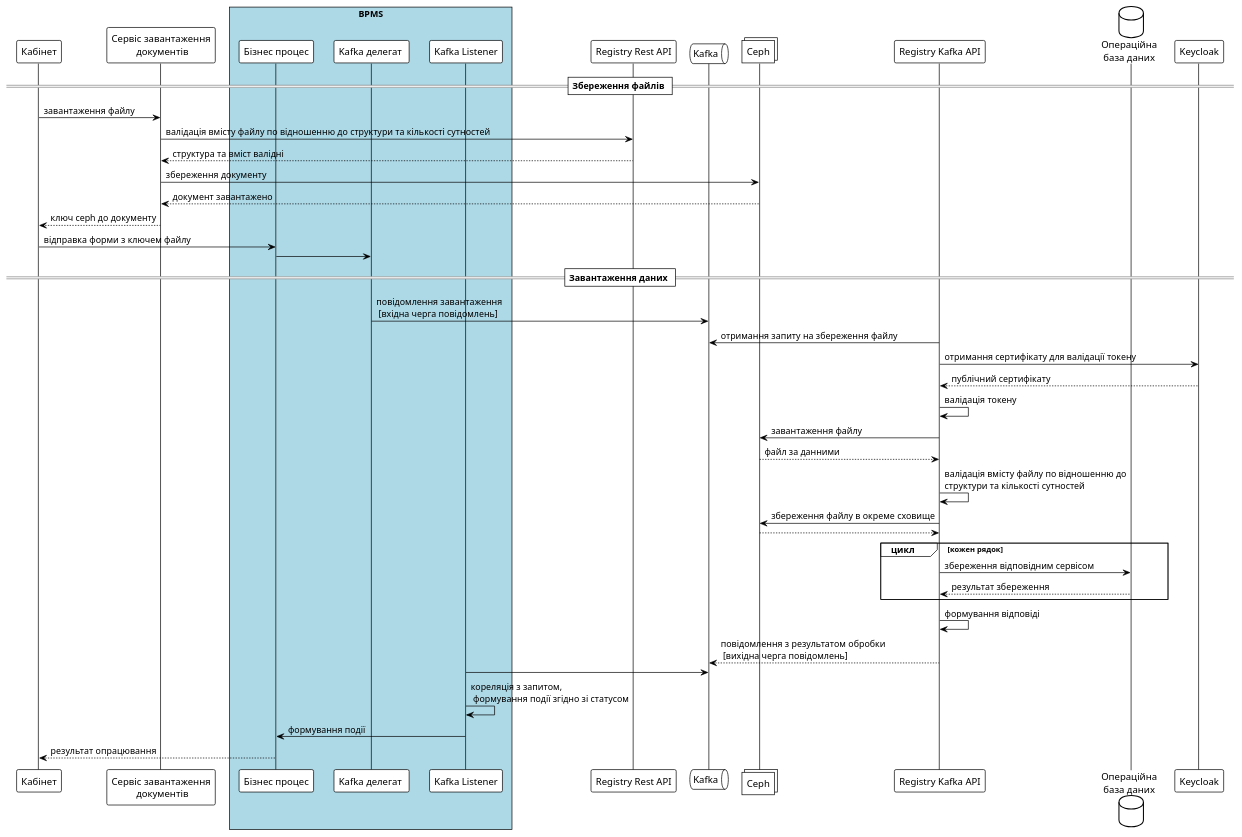
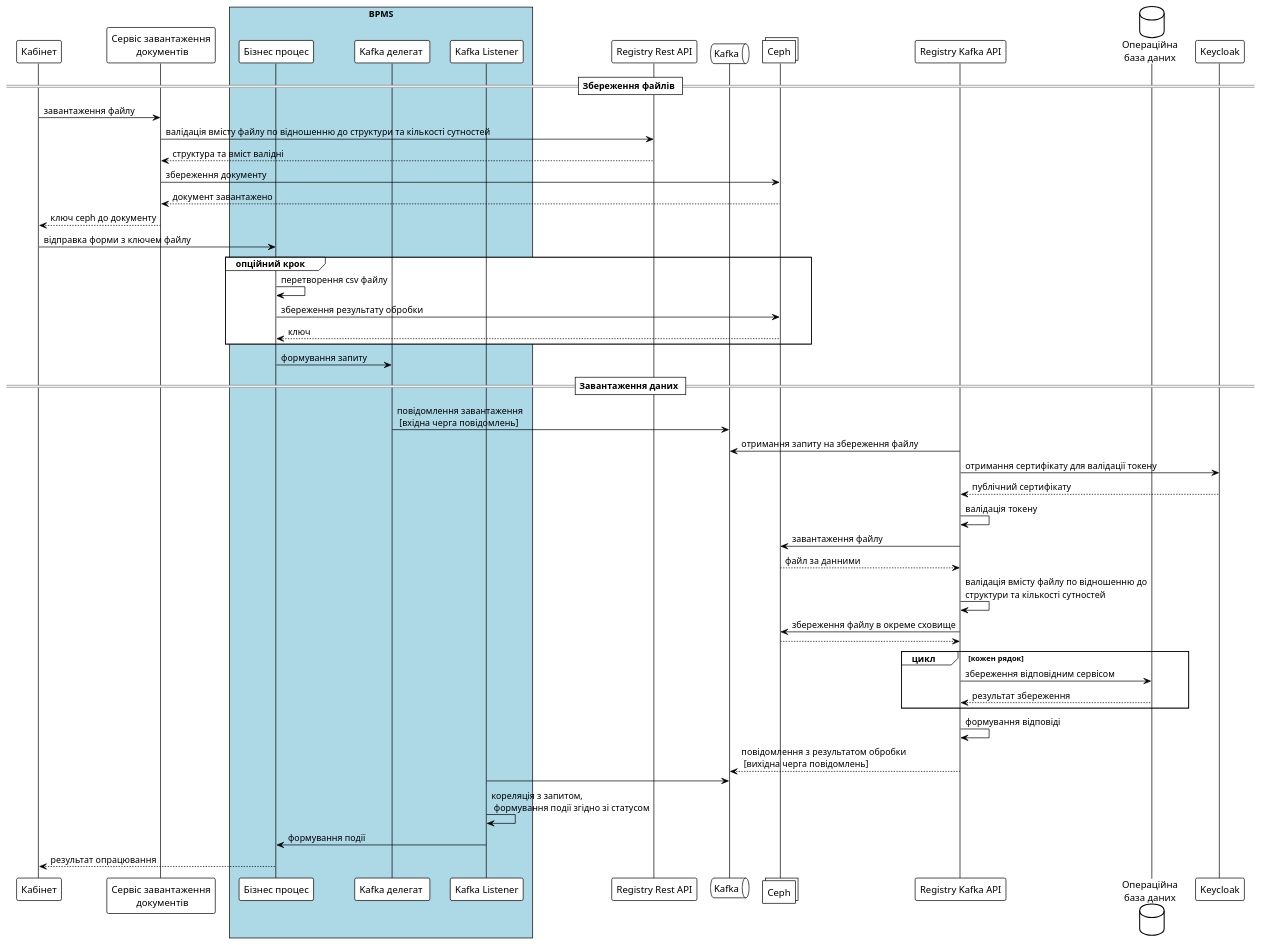
Before and after one commit to epam/edp-ddm-architecture: the diagram in docs/ua/modules/arch/pages/architecture-workspace/platform-evolution/async/comunda-async.adoc, drawn with PlantUML. The commit also changed other lines of this file and 1 other file, not shown here.

```diff
--- a/docs/ua/modules/arch/pages/architecture-workspace/platform-evolution/async/comunda-async.adoc
+++ b/docs/ua/modules/arch/pages/architecture-workspace/platform-evolution/async/comunda-async.adoc
@@ -41,49 +40,54 @@
 [plantuml, req, svg]
 ----
 !theme plain
 participant "Кабінет" as portal
 participant "Сервіс завантаження\n документів" as dds
 box "BPMS" #LightBlue
 participant "Бізнес процес" as bpms
 participant "Kafka делегат " as delegate
 participant "Kafka Listener" as listener
 end box
 participant "Registry Rest API" as restApi
 queue "Kafka" as kafka
 collections "Ceph" as ceph
 participant "Registry Kafka API" as kafkaApi
 database "Операційна\nбаза даних" as db
 participant "Keycloak" as keycloak
 
 == Збереження файлів ==
 portal -> dds: завантаження файлу
 dds -> restApi: валідація вмісту файлу по відношенню до структури та кількості сутностей
 return структура та вміст валідні
 dds -> ceph: збереження документу
 return документ завантажено
 dds --> portal: ключ ceph до документу
 portal -> bpms: відправка форми з ключем файлу
-bpms -> delegate:
+group опційний крок
+bpms -> bpms: перетворення csv файлу
+bpms -> ceph: збереження результату обробки
+return ключ
+end
+bpms -> delegate: формування запиту
 
 == Завантаження даних ==
 delegate -> kafka: повідомлення завантаження \n [вхідна черга повідомлень]
 kafkaApi -> kafka: отримання запиту на збереження файлу
 kafkaApi -> keycloak: отримання сертифікату для валідації токену
 return публічний сертифікату
 kafkaApi -> kafkaApi: валідація токену
 kafkaApi -> ceph: завантаження файлу
 return файл за данними
 kafkaApi -> kafkaApi: валідація вмісту файлу по відношенню до\nструктури та кількості сутностей
 kafkaApi -> ceph: збереження файлу в окреме сховище
 return
 group цикл [кожен рядок]
 kafkaApi -> db: збереження відповідним сервісом
 return результат збереження
 end
 kafkaApi -> kafkaApi: формування відповіді
 kafkaApi --> kafka: повідомлення з результатом обробки \n [вихідна черга повідомлень]
 listener -> kafka
 listener -> listener: кореляція з запитом,\n формування події згідно зі статусом
 listener -> bpms: формування події
 bpms --> portal: результат опрацювання
 ----
```
